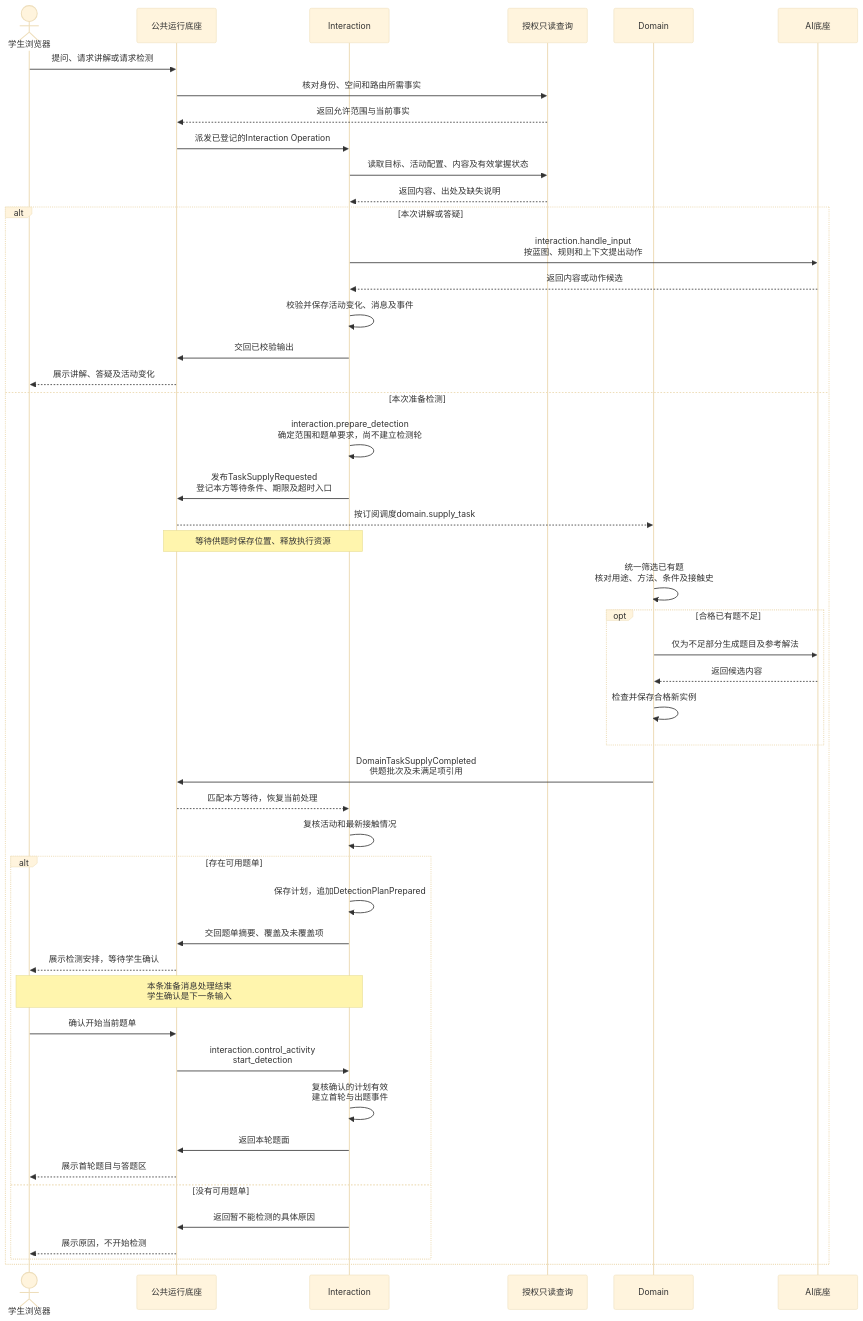
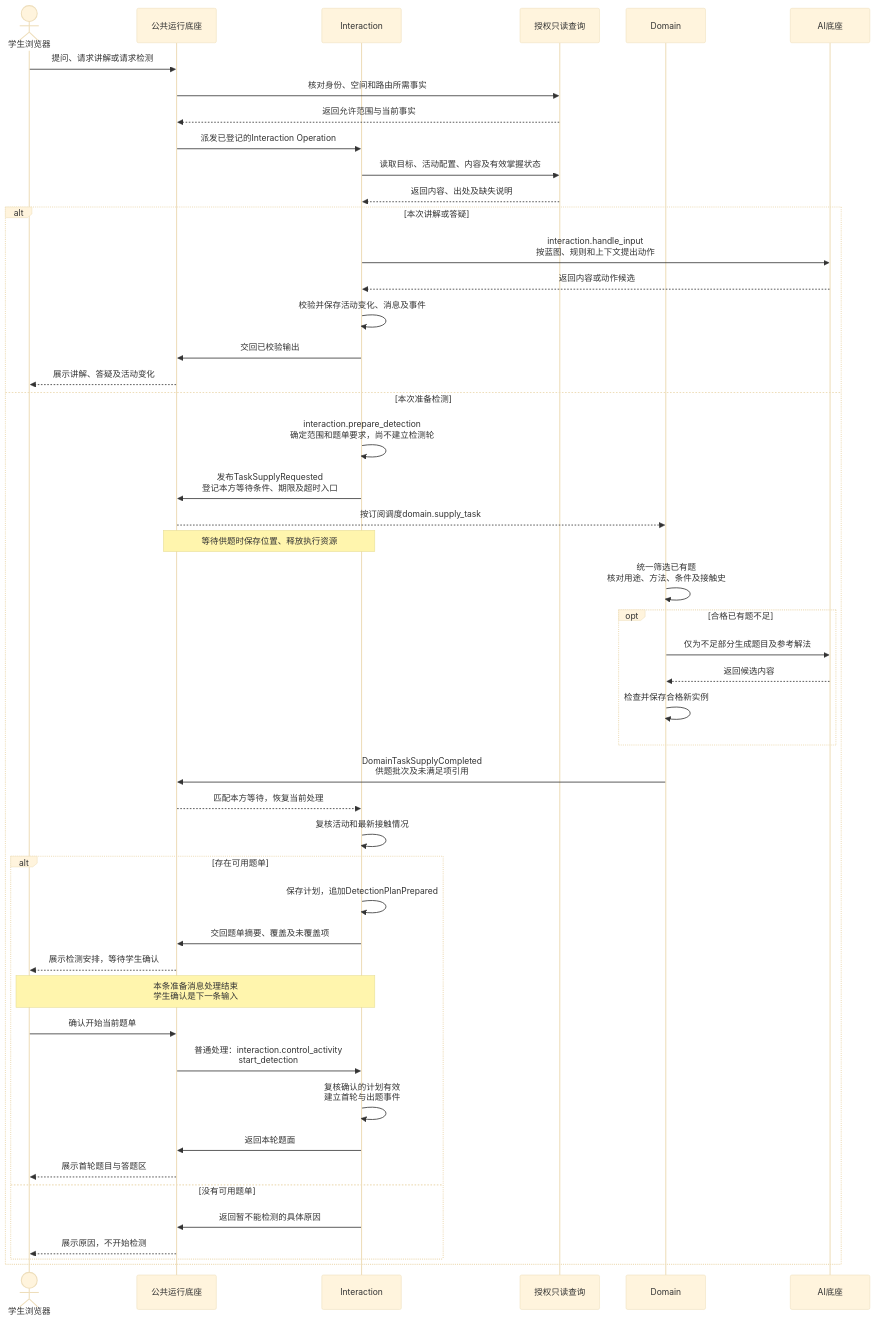
The sixth of 10 diagrams in doc/mvp/m1/engineering/System_Design.md (ivgotcrazy/deermind), drawn with Mermaid (base theme) before and after one commit. The commit also changed other lines of this file and 126 other files, not shown here.

````diff
--- a/doc/mvp/m1/engineering/System_Design.md
+++ b/doc/mvp/m1/engineering/System_Design.md
@@ -361,50 +363,50 @@
 ```mermaid
 sequenceDiagram
   actor S as 学生浏览器
   participant R as 公共运行底座
   participant I as Interaction
   participant Q as 授权只读查询
   participant D as Domain
   participant AI as AI底座
   S->>R: 提问、请求讲解或请求检测
   R->>Q: 核对身份、空间和路由所需事实
   Q-->>R: 返回允许范围与当前事实
   R->>I: 派发已登记的Interaction Operation
   I->>Q: 读取目标、活动配置、内容及有效掌握状态
   Q-->>I: 返回内容、出处及缺失说明
   alt 本次讲解或答疑
     I->>AI: interaction.handle_input<br/>按蓝图、规则和上下文提出动作
     AI-->>I: 返回内容或动作候选
     I->>I: 校验并保存活动变化、消息及事件
     I->>R: 交回已校验输出
     R-->>S: 展示讲解、答疑及活动变化
   else 本次准备检测
     I->>I: interaction.prepare_detection<br/>确定范围和题单要求，尚不建立检测轮
     I->>R: 发布TaskSupplyRequested<br/>登记本方等待条件、期限及超时入口
     R-->>D: 按订阅调度domain.supply_task
     Note over I,R: 等待供题时保存位置、释放执行资源
     D->>D: 统一筛选已有题<br/>核对用途、方法、条件及接触史
     opt 合格已有题不足
       D->>AI: 仅为不足部分生成题目及参考解法
       AI-->>D: 返回候选内容
       D->>D: 检查并保存合格新实例
     end
     D->>R: DomainTaskSupplyCompleted<br/>供题批次及未满足项引用
     R-->>I: 匹配本方等待，恢复当前处理
     I->>I: 复核活动和最新接触情况
     alt 存在可用题单
       I->>I: 保存计划，追加DetectionPlanPrepared
       I->>R: 交回题单摘要、覆盖及未覆盖项
       R-->>S: 展示检测安排，等待学生确认
       Note over S,I: 本条准备消息处理结束<br/>学生确认是下一条输入
       S->>R: 确认开始当前题单
-      R->>I: interaction.control_activity<br/>start_detection
+      R->>I: 普通处理：interaction.control_activity<br/>start_detection
       I->>I: 复核确认的计划有效<br/>建立首轮与出题事件
       I->>R: 返回本轮题面
       R-->>S: 展示首轮题目与答题区
     else 没有可用题单
       I->>R: 返回暂不能检测的具体原因
       R-->>S: 展示原因，不开始检测
     end
   end
 ```
````
